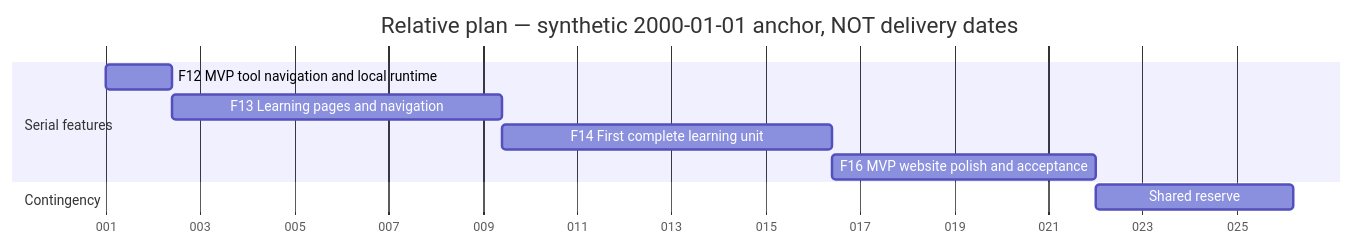
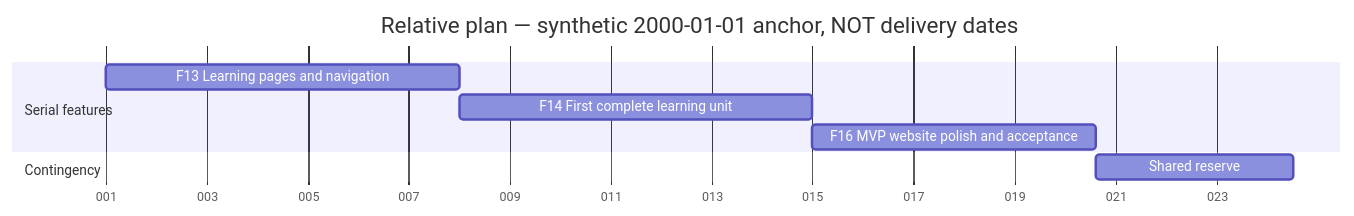
One commit to ziuld/beneath-the-code-page changed the diagram in docs/planning/gantt.mmd. Above: the diagram before and after it, drawn with Mermaid. The commit also changed 12 other files, not shown here.

First line of the commit message:
docs(F12): close verified navigation and local runtime

```diff
--- a/docs/planning/gantt.mmd
+++ b/docs/planning/gantt.mmd
@@ -1,11 +1,10 @@
 gantt
     title Relative plan — synthetic 2000-01-01 anchor, NOT delivery dates
     dateFormat YYYY-MM-DDTHH:mm
     axisFormat %j
     section Serial features
-    F12 MVP tool navigation and local runtime :F12, 2000-01-01T00:00, 2000-01-02T09:36
-    F13 Learning pages and navigation :F13, 2000-01-02T09:36, 2000-01-09T09:36
-    F14 First complete learning unit :F14, 2000-01-09T09:36, 2000-01-16T09:36
-    F16 MVP website polish and acceptance :F16, 2000-01-16T09:36, 2000-01-22T00:00
+    F13 Learning pages and navigation :F13, 2000-01-01T00:00, 2000-01-08T00:00
+    F14 First complete learning unit :F14, 2000-01-08T00:00, 2000-01-15T00:00
+    F16 MVP website polish and acceptance :F16, 2000-01-15T00:00, 2000-01-20T14:24
     section Contingency
-    Shared reserve :reserve, 2000-01-22T00:00, 2000-01-26T04:48
+    Shared reserve :reserve, 2000-01-20T14:24, 2000-01-24T12:28
```
